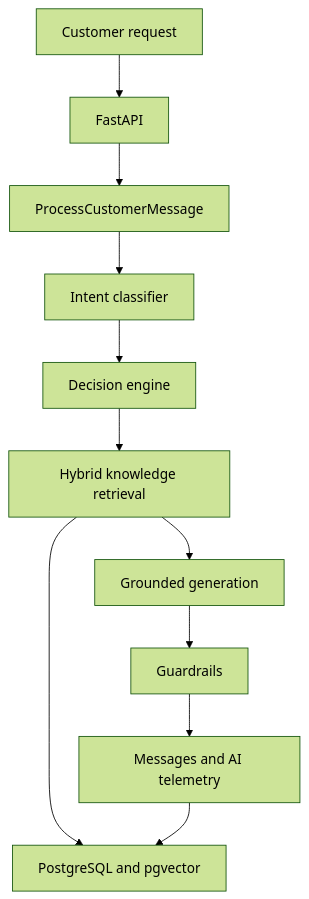
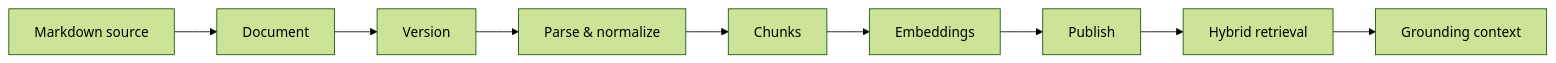
One commit to Swar-16/AI-customer-support-agent changed the third of 3 diagrams in README.md. Above: the diagram before and after it, drawn with Mermaid (forest theme). The commit also changed other lines of this file and 9 other files, not shown here.

````diff
--- a/README.md
+++ b/README.md
@@ -39,13 +125,11 @@
 ```mermaid
-flowchart TD
-    C["Customer request"] --> API["FastAPI"]
-    API --> U["ProcessCustomerMessage"]
-    U --> I["Intent classifier"]
-    I --> D["Decision engine"]
-    D --> R["Hybrid knowledge retrieval"]
-    R --> G["Grounded generation"]
-    G --> Q["Guardrails"]
-    Q --> P["Messages and AI telemetry"]
-    R --> DB["PostgreSQL and pgvector"]
-    P --> DB
+flowchart LR
+    A["Markdown source"] --> B["Document"]
+    B --> C["Version"]
+    C --> D["Parse & normalize"]
+    D --> E["Chunks"]
+    E --> F["Embeddings"]
+    F --> G["Publish"]
+    G --> H["Hybrid retrieval"]
+    H --> I["Grounding context"]
 ```
````
